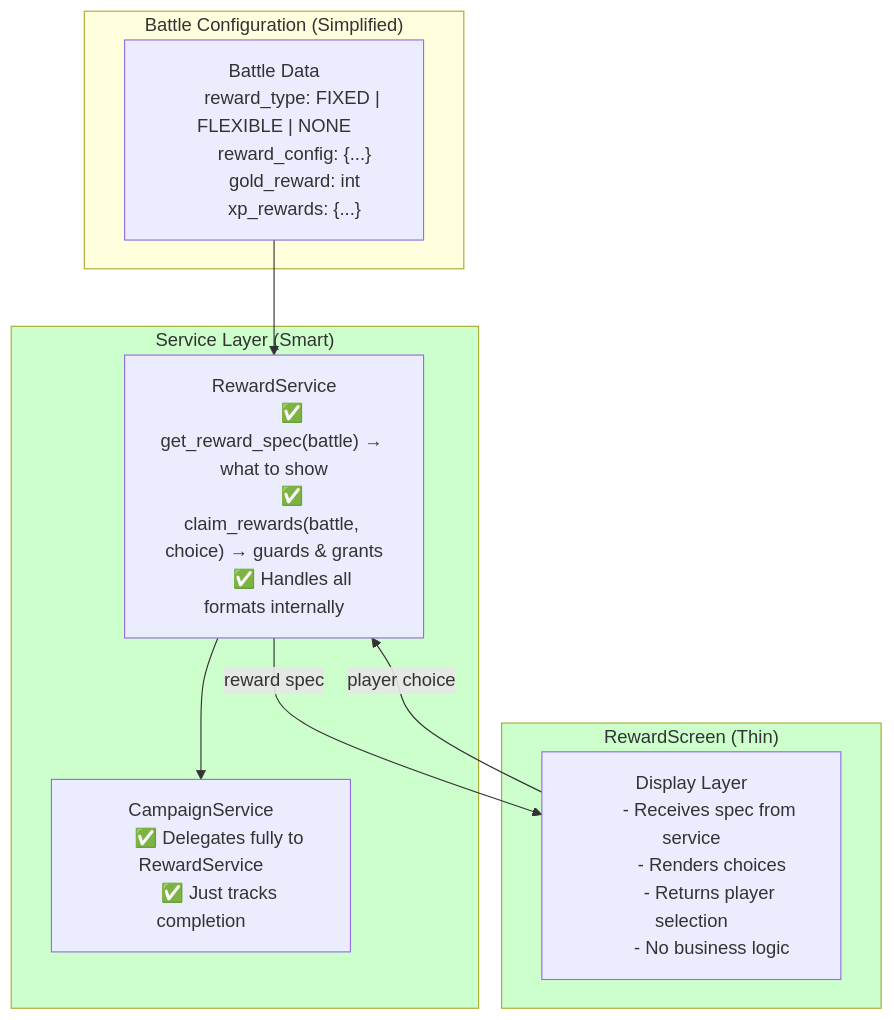
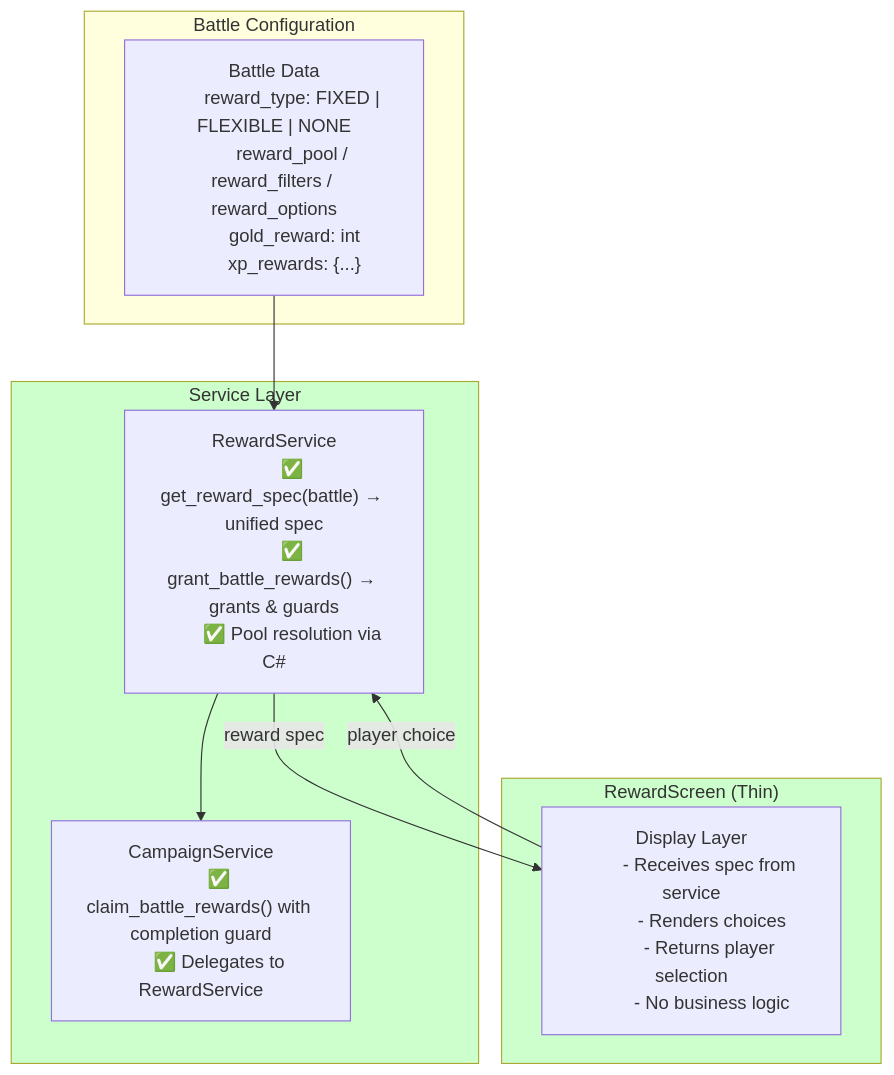
One commit to amari-charles/project-summoner changed the first of 2 diagrams in docs/technical/reward-system-architecture.md. Above: the diagram before and after it, drawn with Mermaid. The commit also changed other lines of this file and 2 other files, not shown here.

First line of the commit message:
polish: PR review fixes for reward system

````diff
--- a/docs/technical/reward-system-architecture.md
+++ b/docs/technical/reward-system-architecture.md
@@ -143,37 +30,37 @@
 ```mermaid
 flowchart TB
-    subgraph Config["Battle Configuration (Simplified)"]
+    subgraph Config["Battle Configuration"]
         Battle["Battle Data
         reward_type: FIXED | FLEXIBLE | NONE
-        reward_config: {...}
+        reward_pool / reward_filters / reward_options
         gold_reward: int
         xp_rewards: {...}"]
     end
 
-    subgraph Services["Service Layer (Smart)"]
+    subgraph Services["Service Layer"]
         RS["RewardService
-        ✅ get_reward_spec(battle) → what to show
-        ✅ claim_rewards(battle, choice) → guards & grants
-        ✅ Handles all formats internally"]
+        ✅ get_reward_spec(battle) → unified spec
+        ✅ grant_battle_rewards() → grants & guards
+        ✅ Pool resolution via C#"]
 
         CS["CampaignService
-        ✅ Delegates fully to RewardService
-        ✅ Just tracks completion"]
+        ✅ claim_battle_rewards() with completion guard
+        ✅ Delegates to RewardService"]
     end
 
     subgraph Screen["RewardScreen (Thin)"]
         UI["Display Layer
         - Receives spec from service
         - Renders choices
         - Returns player selection
         - No business logic"]
     end
 
     Battle --> RS
     RS -->|"reward spec"| UI
     UI -->|"player choice"| RS
     RS --> CS
 
     style Services fill:#ccffcc
     style Screen fill:#ccffcc
 ```
````
